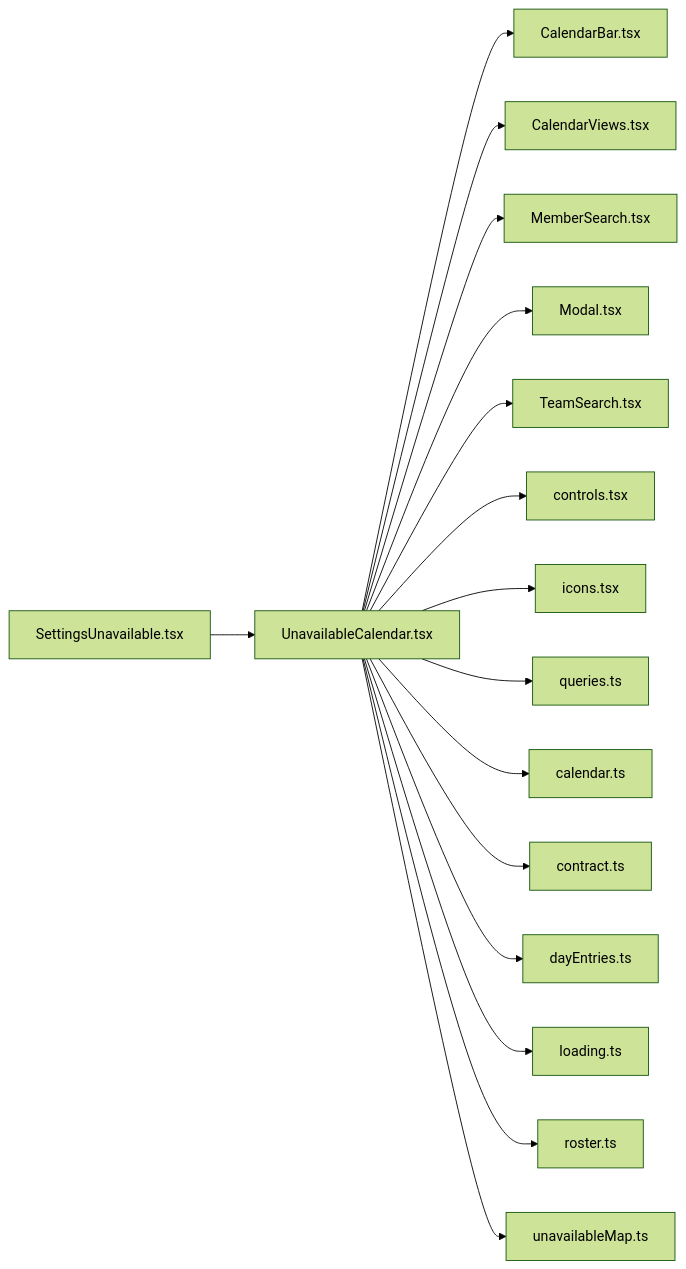
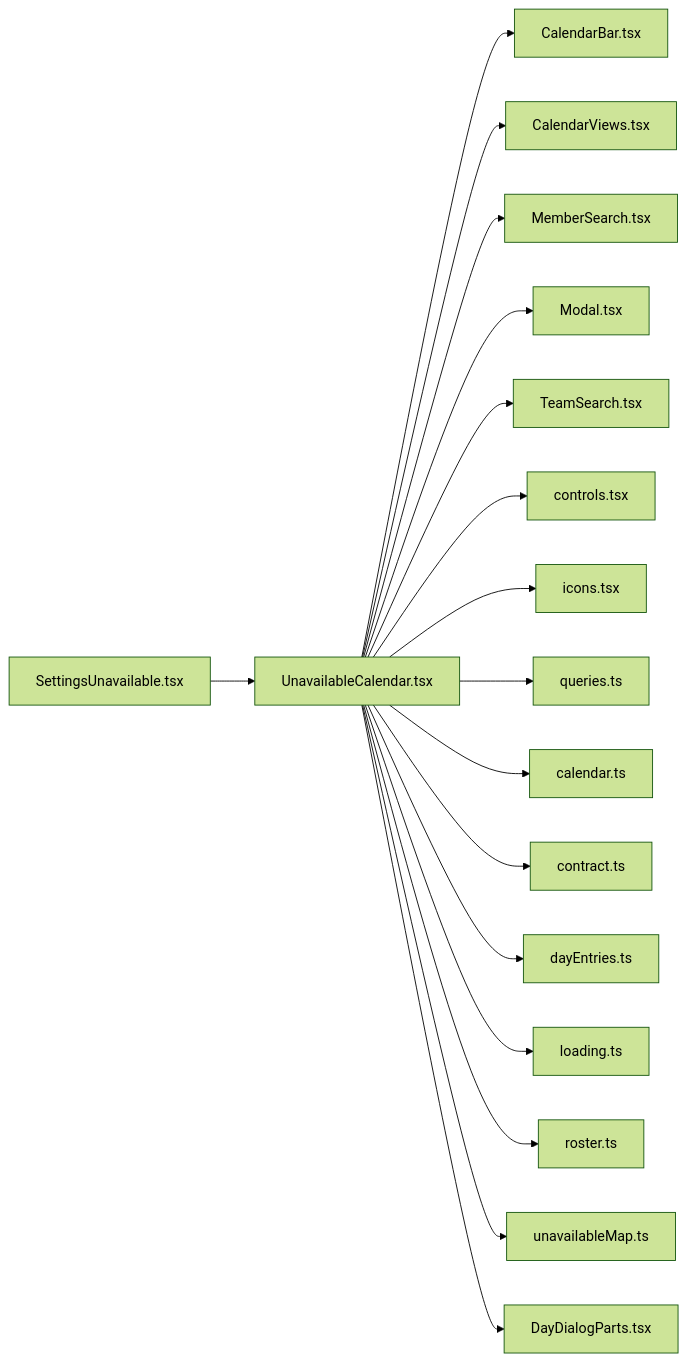
The diagram in .cluedoc/graph/frontend/src/routes/UnavailableCalendar.md (minkong-dev/Banblit), drawn with Mermaid (forest theme) before and after one commit. The commit also changed other lines of this file and 5 other files, not shown here.

Commit message:
frontend: scroll day timelines to the earliest entry on open

````diff
--- a/.cluedoc/graph/frontend/src/routes/UnavailableCalendar.md
+++ b/.cluedoc/graph/frontend/src/routes/UnavailableCalendar.md
@@ -10,19 +10,20 @@
 ```mermaid
 flowchart LR
   frontend_src_routes_UnavailableCalendar["UnavailableCalendar.tsx"]
   frontend_src_routes_UnavailableCalendar --> frontend_src_components_CalendarBar["CalendarBar.tsx"]
   frontend_src_routes_UnavailableCalendar --> frontend_src_components_CalendarViews["CalendarViews.tsx"]
   frontend_src_routes_UnavailableCalendar --> frontend_src_components_MemberSearch["MemberSearch.tsx"]
   frontend_src_routes_UnavailableCalendar --> frontend_src_components_Modal["Modal.tsx"]
   frontend_src_routes_UnavailableCalendar --> frontend_src_components_TeamSearch["TeamSearch.tsx"]
   frontend_src_routes_UnavailableCalendar --> frontend_src_components_controls["controls.tsx"]
   frontend_src_routes_UnavailableCalendar --> frontend_src_components_icons["icons.tsx"]
   frontend_src_routes_UnavailableCalendar --> frontend_src_components_queries["queries.ts"]
   frontend_src_routes_UnavailableCalendar --> frontend_src_lib_calendar["calendar.ts"]
   frontend_src_routes_UnavailableCalendar --> frontend_src_lib_contract["contract.ts"]
   frontend_src_routes_UnavailableCalendar --> frontend_src_lib_dayEntries["dayEntries.ts"]
   frontend_src_routes_UnavailableCalendar --> frontend_src_lib_loading["loading.ts"]
   frontend_src_routes_UnavailableCalendar --> frontend_src_lib_roster["roster.ts"]
   frontend_src_routes_UnavailableCalendar --> frontend_src_lib_unavailableMap["unavailableMap.ts"]
+  frontend_src_routes_UnavailableCalendar --> frontend_src_routes_DayDialogParts["DayDialogParts.tsx"]
   frontend_src_routes_SettingsUnavailable["SettingsUnavailable.tsx"] --> frontend_src_routes_UnavailableCalendar
 ```
````
